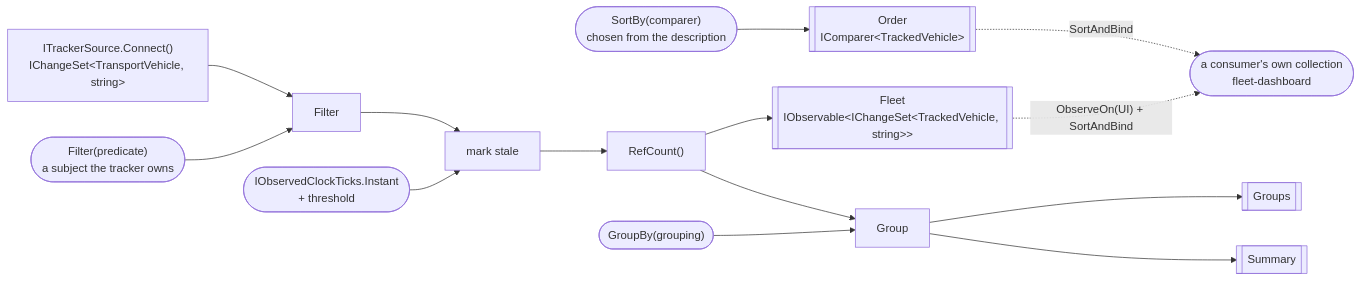
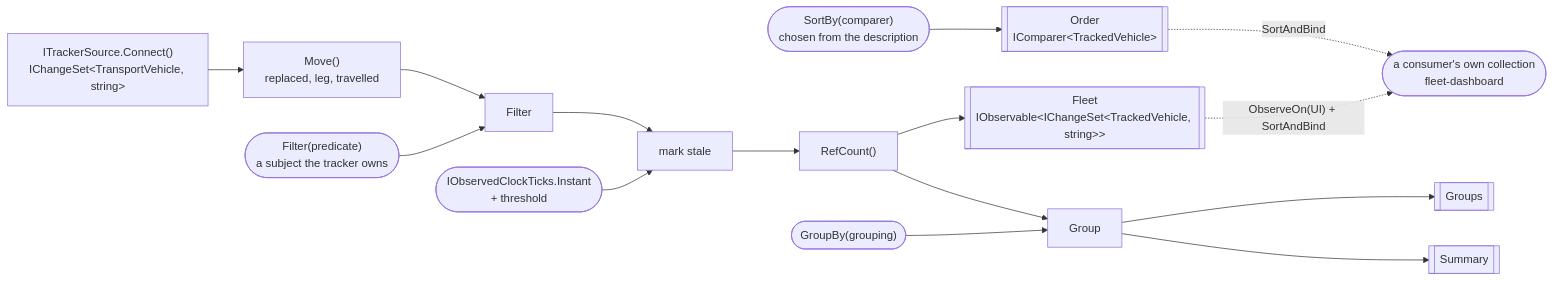
Before and after one commit to RLittlesII/Transporter: the first of 2 diagrams in src/Transponder/Tracking/.spec/README.md, drawn with Mermaid. The commit also changed other lines of this file and 24 other files, not shown here.

````diff
--- a/src/Transponder/Tracking/.spec/README.md
+++ b/src/Transponder/Tracking/.spec/README.md
@@ -370,16 +417,17 @@
 ```mermaid
 flowchart LR
-    src["ITrackerSource.Connect()<br/>IChangeSet&lt;TransportVehicle, string&gt;"] --> filter
+    src["ITrackerSource.Connect()<br/>IChangeSet&lt;TransportVehicle, string&gt;"] --> move
+    move["Move()<br/>replaced, leg, travelled"] --> filter
     predicate(["Filter(predicate)<br/>a subject the tracker owns"]) --> filter
     filter["Filter"] --> stale
     comparer(["SortBy(comparer)<br/>chosen from the description"]) --> order
     order[["Order<br/>IComparer&lt;TrackedVehicle&gt;"]] -.->|"SortAndBind"| vm
     clock(["IObservedClockTicks.Instant<br/>+ threshold"]) --> stale
     stale["mark stale"] --> share["RefCount()"]
     share --> fleet[["Fleet<br/>IObservable&lt;IChangeSet&lt;TrackedVehicle, string&gt;&gt;"]]
     share --> group["Group"]
     grouping(["GroupBy(grouping)"]) --> group
     group --> groups[["Groups"]]
     group --> summary[["Summary"]]
     fleet -.->|"ObserveOn(UI) + SortAndBind"| vm(["a consumer's own collection<br/>fleet-dashboard"])
 ```
````
